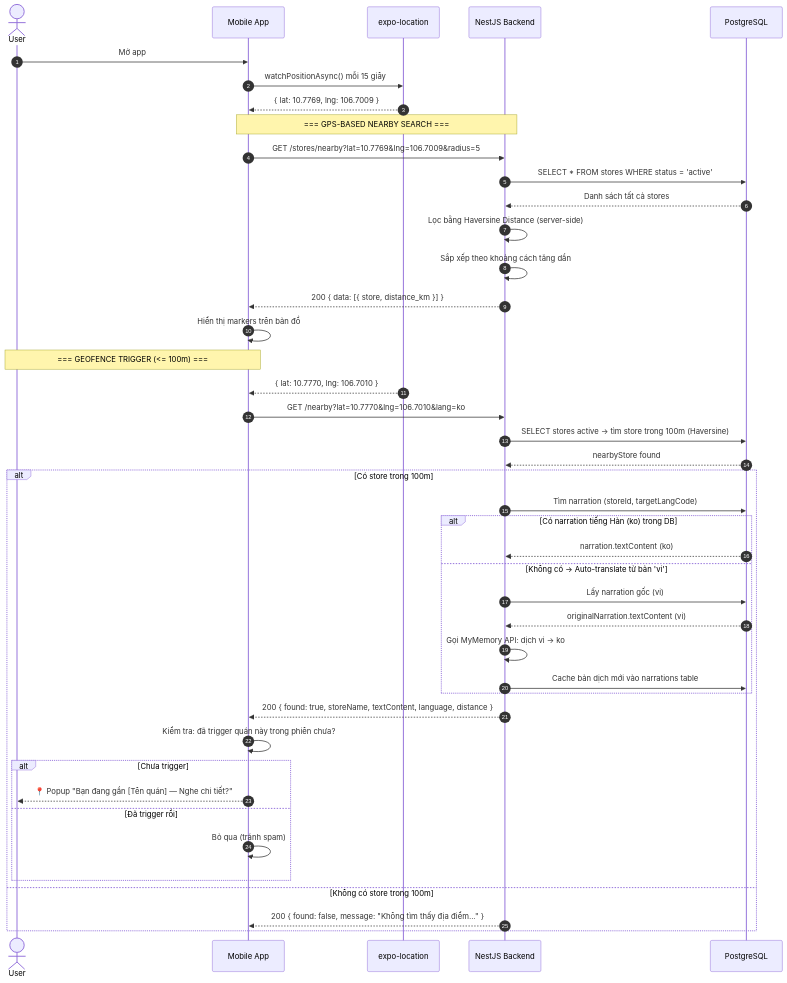
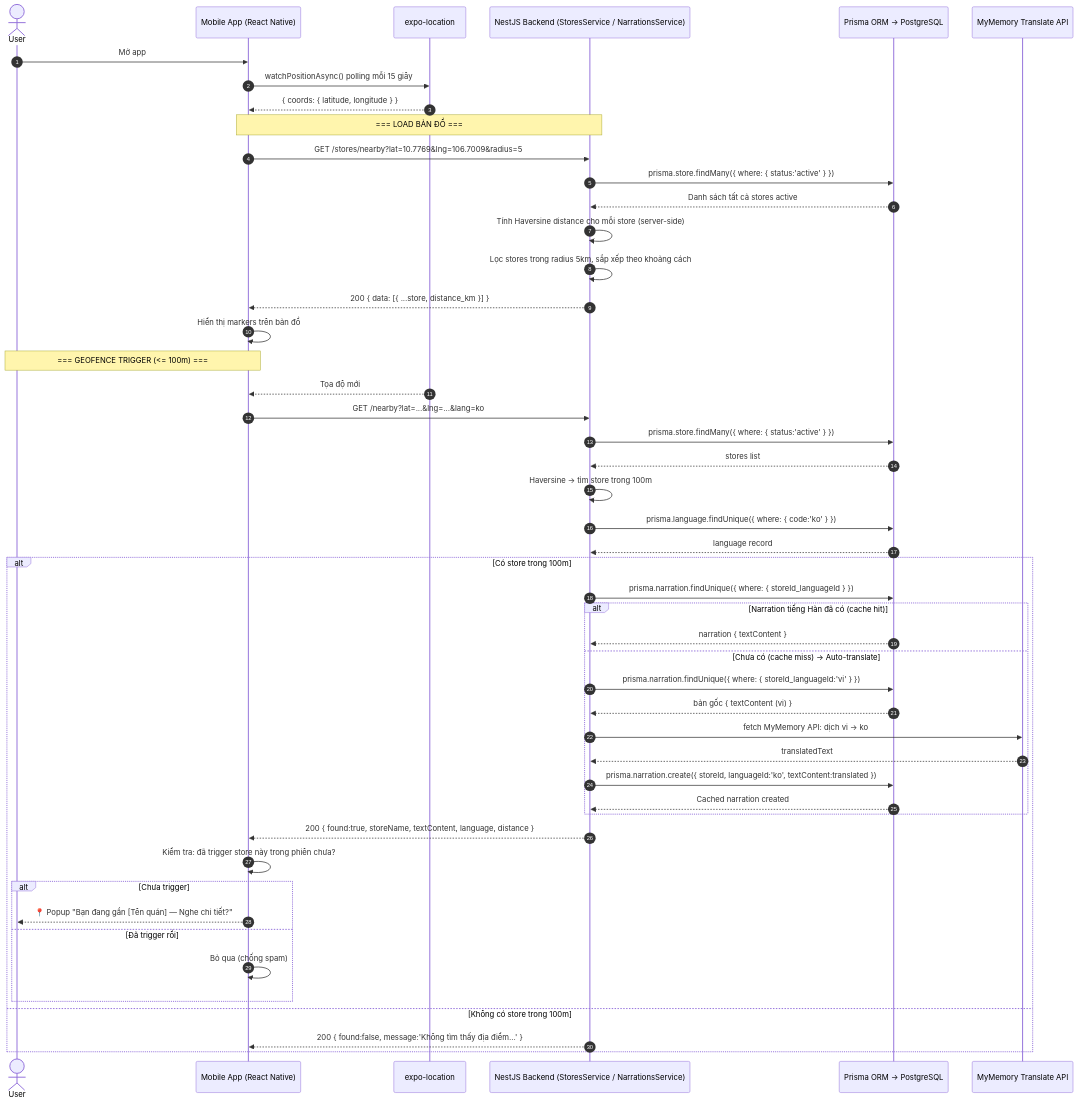
The second of 13 diagrams in docs/diagrams.md (thankhanh/Seminar_sgu), drawn with Mermaid before and after one commit. The commit also changed other lines of this file, not shown here.

First line of the commit message:
Update diagrams.md

````diff
--- a/docs/diagrams.md
+++ b/docs/diagrams.md
@@ -90,50 +97,55 @@
 ```mermaid
 sequenceDiagram
     autonumber
     actor U as User
-    participant App as Mobile App
+    participant App as Mobile App (React Native)
     participant GPS as expo-location
-    participant API as NestJS Backend
-    participant DB as PostgreSQL
+    participant API as NestJS Backend (StoresService / NarrationsService)
+    participant DB as Prisma ORM → PostgreSQL
+    participant TL as MyMemory Translate API
 
     U->>App: Mở app
-    App->>GPS: watchPositionAsync() mỗi 15 giây
-    GPS-->>App: { lat: 10.7769, lng: 106.7009 }
+    App->>GPS: watchPositionAsync() polling mỗi 15 giây
+    GPS-->>App: { coords: { latitude, longitude } }
 
-    Note over App,API: === GPS-BASED NEARBY SEARCH ===
+    Note over App,API: === LOAD BẢN ĐỒ ===
     App->>API: GET /stores/nearby?lat=10.7769&lng=106.7009&radius=5
-    API->>DB: SELECT * FROM stores WHERE status = 'active'
-    DB-->>API: Danh sách tất cả stores
-    API->>API: Lọc bằng Haversine Distance (server-side)
-    API->>API: Sắp xếp theo khoảng cách tăng dần
-    API-->>App: 200 { data: [{ store, distance_km }] }
+    API->>DB: prisma.store.findMany({ where: { status:'active' } })
+    DB-->>API: Danh sách tất cả stores active
+    API->>API: Tính Haversine distance cho mỗi store (server-side)
+    API->>API: Lọc stores trong radius 5km, sắp xếp theo khoảng cách
+    API-->>App: 200 { data: [{ ...store, distance_km }] }
     App->>App: Hiển thị markers trên bản đồ
 
     Note over U,App: === GEOFENCE TRIGGER (<= 100m) ===
-
-    GPS-->>App: { lat: 10.7770, lng: 106.7010 }
-    App->>API: GET /nearby?lat=10.7770&lng=106.7010&lang=ko
-    API->>DB: SELECT stores active → tìm store trong 100m (Haversine)
-    DB-->>API: nearbyStore found
+    GPS-->>App: Tọa độ mới
+    App->>API: GET /nearby?lat=...&lng=...&lang=ko
+    API->>DB: prisma.store.findMany({ where: { status:'active' } })
+    DB-->>API: stores list
+    API->>API: Haversine → tìm store trong 100m
+    API->>DB: prisma.language.findUnique({ where: { code:'ko' } })
+    DB-->>API: language record
 
     alt Có store trong 100m
-        API->>DB: Tìm narration (storeId, targetLangCode)
-        alt Có narration tiếng Hàn (ko) trong DB
-            DB-->>API: narration.textContent (ko)
-        else Không có → Auto-translate từ bản 'vi'
-            API->>DB: Lấy narration gốc (vi)
-            DB-->>API: originalNarration.textContent (vi)
-            API->>API: Gọi MyMemory API: dịch vi → ko
-            API->>DB: Cache bản dịch mới vào narrations table
+        API->>DB: prisma.narration.findUnique({ where: { storeId_languageId } })
+        alt Narration tiếng Hàn đã có (cache hit)
+            DB-->>API: narration { textContent }
+        else Chưa có (cache miss) → Auto-translate
+            API->>DB: prisma.narration.findUnique({ where: { storeId_languageId:'vi' } })
+            DB-->>API: bản gốc { textContent (vi) }
+            API->>TL: fetch MyMemory API: dịch vi → ko
+            TL-->>API: translatedText
+            API->>DB: prisma.narration.create({ storeId, languageId:'ko', textContent:translated })
+            DB-->>API: Cached narration created
         end
-        API-->>App: 200 { found: true, storeName, textContent, language, distance }
-        App->>App: Kiểm tra: đã trigger quán này trong phiên chưa?
+        API-->>App: 200 { found:true, storeName, textContent, language, distance }
+        App->>App: Kiểm tra: đã trigger store này trong phiên chưa?
         alt Chưa trigger
             App-->>U: 📍 Popup "Bạn đang gần [Tên quán] — Nghe chi tiết?"
         else Đã trigger rồi
-            App->>App: Bỏ qua (tránh spam)
+            App->>App: Bỏ qua (chống spam)
         end
     else Không có store trong 100m
-        API-->>App: 200 { found: false, message: "Không tìm thấy địa điểm..." }
+        API-->>App: 200 { found:false, message:'Không tìm thấy địa điểm...' }
     end
 ```
````
